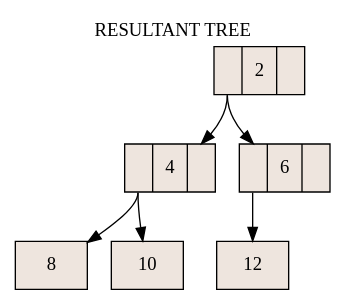
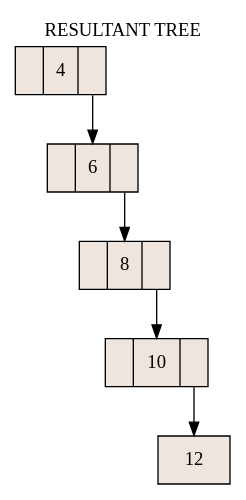
Before and after one commit to eugeniagiuliodori/LambdaInSets: the diagram in GTree.dot, drawn with Graphviz. The commit also changed 4 other files, not shown here.

```diff
--- a/GTree.dot
+++ b/GTree.dot
@@ -1,16 +1,14 @@
 digraph grafica{
 labelloc="t";label ="RESULTANT TREE
 "rankdir=TB;
 node [shape = record, style=filled, fillcolor=seashell2];
-nodo1 [ label ="<C0>|2|<C1>"];
 nodo2 [ label ="<C0>|4|<C1>"];
-nodo4 [ label ="8"];
-nodo2:C0->nodo4
-nodo5 [ label ="10"];
-nodo2:C0->nodo5
-nodo1:C0->nodo2
 nodo3 [ label ="<C0>|6|<C1>"];
+nodo4 [ label ="<C0>|8|<C1>"];
+nodo5 [ label ="<C0>|10|<C1>"];
 nodo6 [ label ="12"];
-nodo3:C0->nodo6
-nodo1:C0->nodo3
+nodo5:C1->nodo6
+nodo4:C1->nodo5
+nodo3:C1->nodo4
+nodo2:C1->nodo3
 }
```
